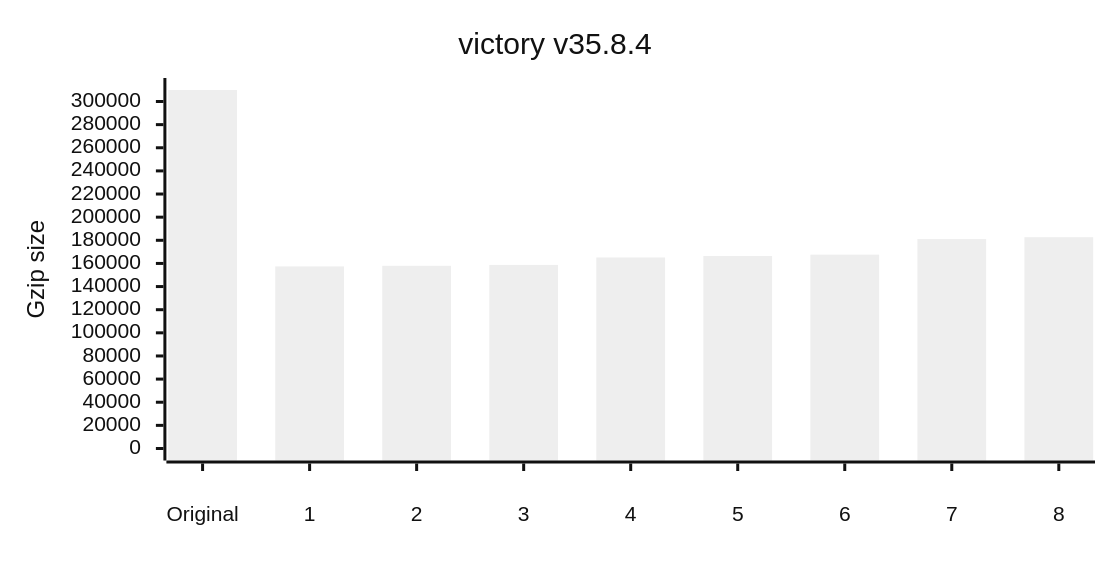
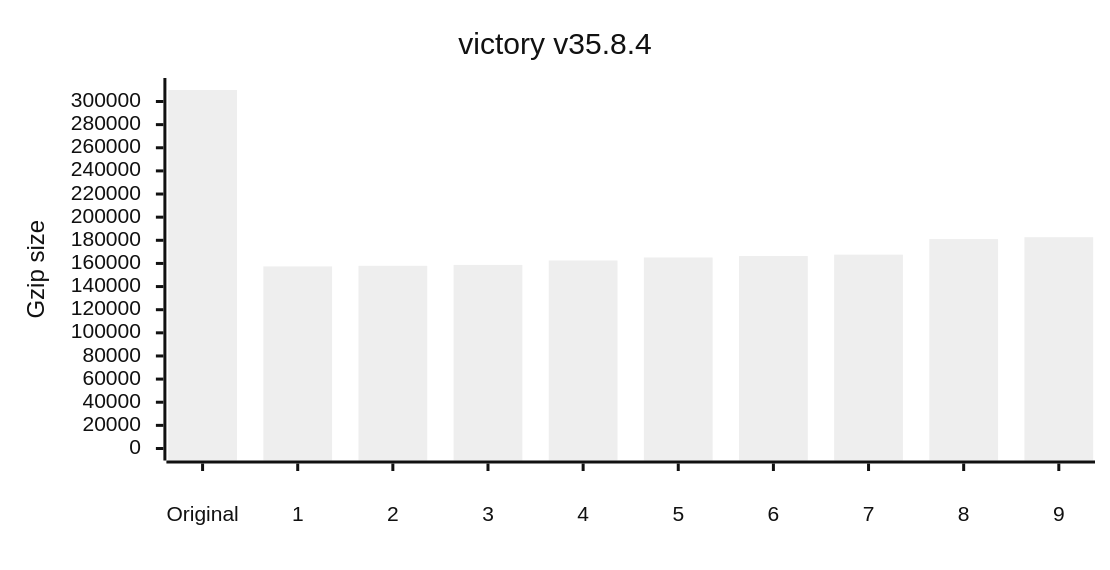
The ninth of 12 diagrams in README.md (privatenumber/minification-benchmarks), drawn with Mermaid (neutral theme) before and after one commit. The commit also changed other lines of this file and 1 other file, not shown here.

````diff
--- a/README.md
+++ b/README.md
@@ -381,17 +390,17 @@
 ```mermaid
 ---
 config:
     xyChart:
         width: 720
         height: 360
         xAxis:
             labelPadding: 20
         yAxis:
             labelPadding: 10
 ---
 xychart-beta
 	title "victory v35.8.4"
-	x-axis ["Original",1,2,3,4,5,6,7,8]
+	x-axis ["Original",1,2,3,4,5,6,7,8,9]
 	y-axis "Gzip size" 0 --> 309942
-	bar [309942,157435,157923,158706,165131,166386,167579,181071,182671]
+	bar [309942,157435,157923,158706,162571,165131,166386,167579,181071,182671]
 ```
````
